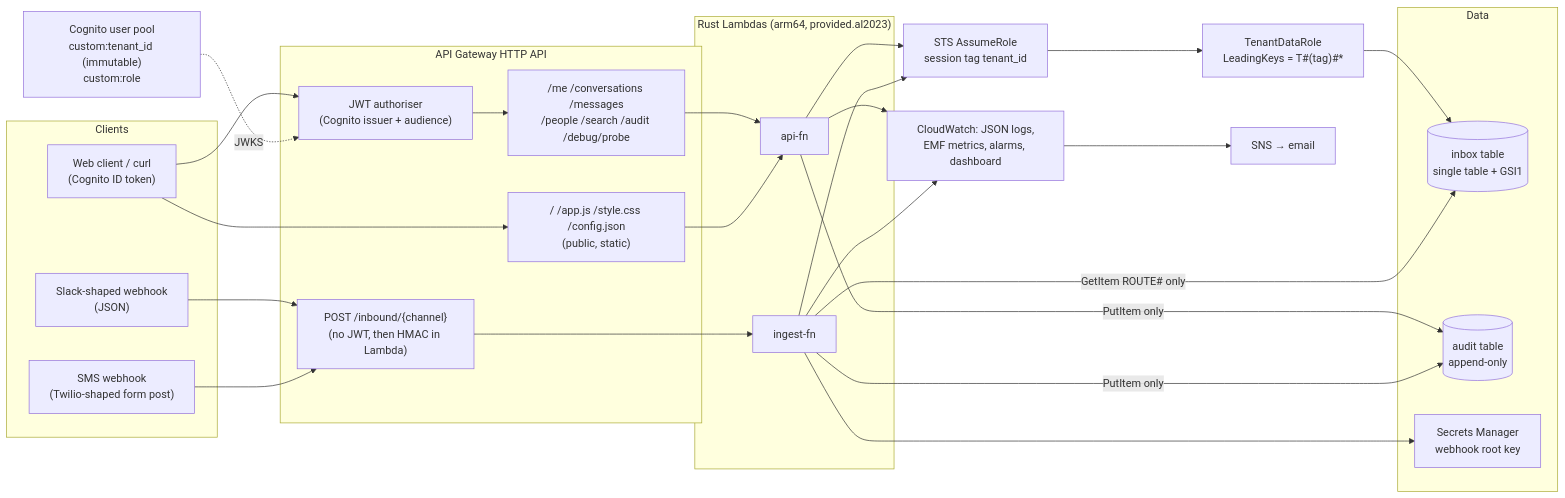
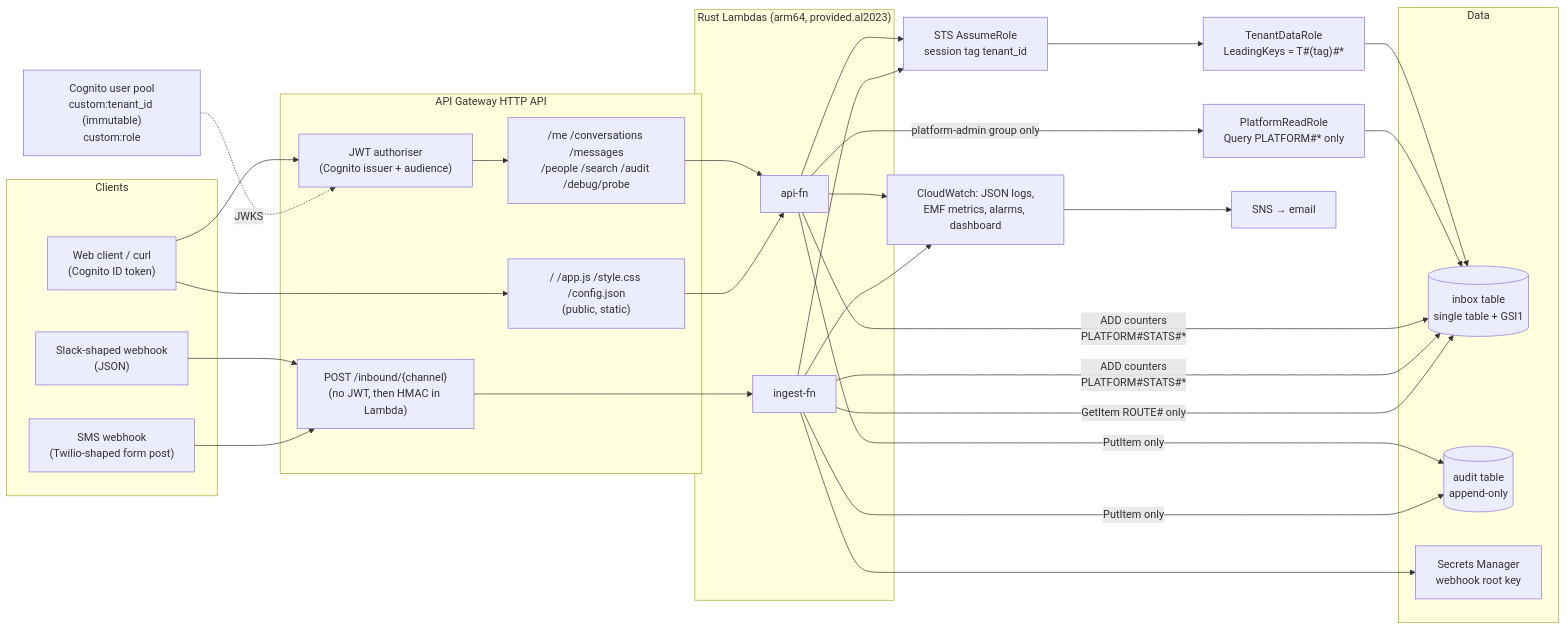
The first of 3 diagrams in ARCHITECTURE.md (danvaneijck/corro-demo), drawn with Mermaid before and after one commit. The commit also changed other lines of this file and 20 other files, not shown here.

First line of the commit message:
Platform stats and review fixes

````diff
--- a/ARCHITECTURE.md
+++ b/ARCHITECTURE.md
@@ -31,44 +36,47 @@
 ```mermaid
 flowchart LR
   subgraph Clients
     W["Web client / curl<br/>(Cognito ID token)"]
     SL["Slack-shaped webhook<br/>(JSON)"]
     SMS["SMS webhook<br/>(Twilio-shaped form post)"]
   end
 
   subgraph Edge["API Gateway HTTP API"]
     JWT["JWT authoriser<br/>(Cognito issuer + audience)"]
     R1["/me /conversations /messages<br/>/people /search /audit /debug/probe"]
     R0["/ /app.js /style.css /config.json<br/>(public, static)"]
     R2["POST /inbound/{channel}<br/>(no JWT, then HMAC in Lambda)"]
   end
 
   COG["Cognito user pool<br/>custom:tenant_id (immutable)<br/>custom:role"]
 
   subgraph Compute["Rust Lambdas (arm64, provided.al2023)"]
     API["api-fn"]
     ING["ingest-fn"]
   end
 
   STS["STS AssumeRole<br/>session tag tenant_id"]
   TR["TenantDataRole<br/>LeadingKeys = T#35;(tag)#35;*"]
+  PR["PlatformReadRole<br/>Query PLATFORM#35;* only"]
 
   subgraph Data
     DDB[("inbox table<br/>single table + GSI1")]
     AUD[("audit table<br/>append-only")]
     SM["Secrets Manager<br/>webhook root key"]
   end
 
   CW["CloudWatch: JSON logs,<br/>EMF metrics, alarms, dashboard"]
   SNS["SNS → email"]
 
   W --> JWT --> R1 --> API
   W --> R0 --> API
   COG -. JWKS .-> JWT
   SL & SMS --> R2 --> ING
   API & ING --> STS --> TR --> DDB
+  API -->|platform-admin group only| PR --> DDB
+  API & ING -->|ADD counters<br/>PLATFORM#35;STATS#35;*| DDB
   API & ING -->|PutItem only| AUD
   ING -->|GetItem ROUTE#35; only| DDB
   ING --> SM
   API & ING --> CW --> SNS
 ```
````
